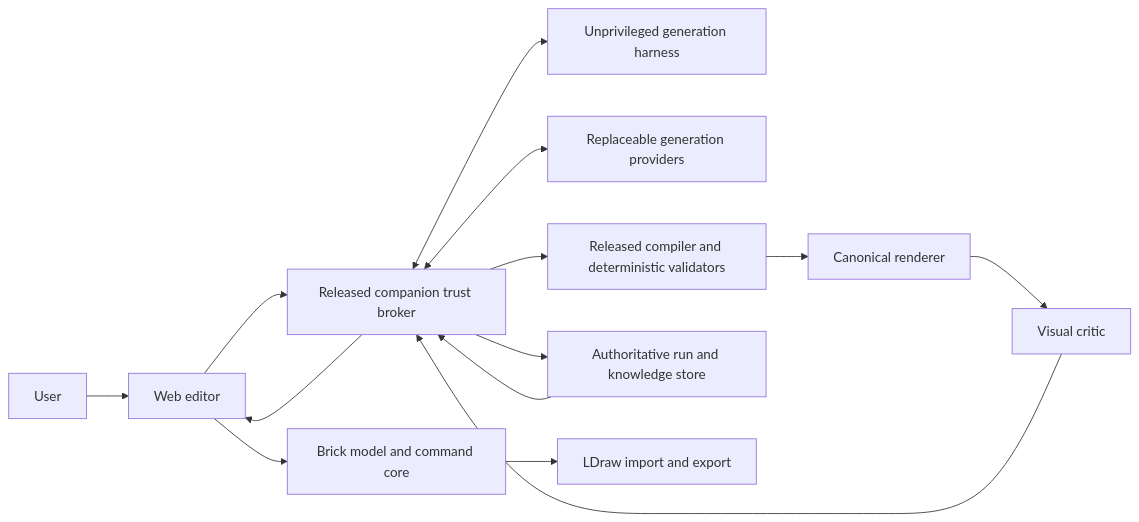
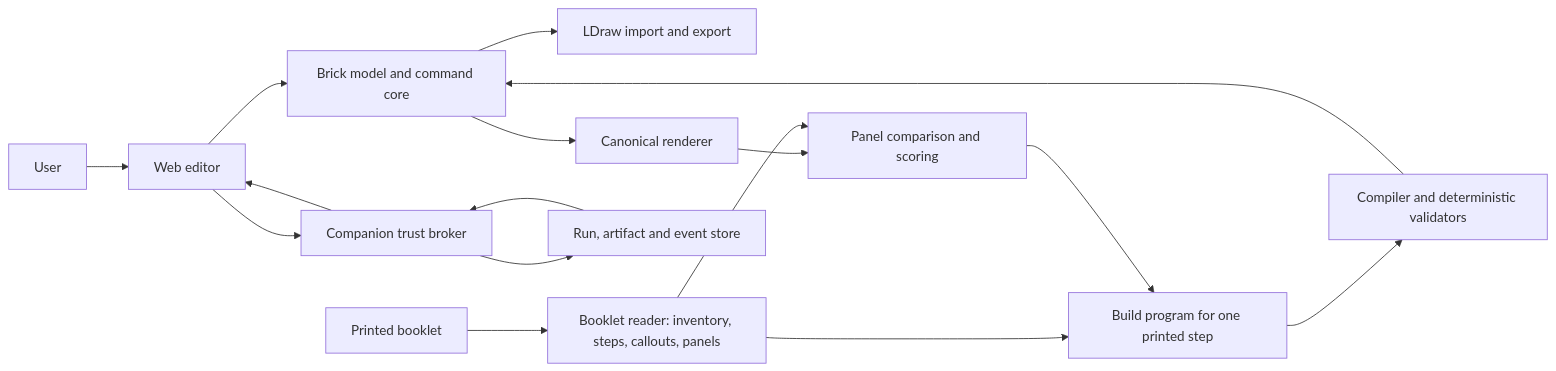
Before and after one commit to yanfengliu/lego: the diagram in docs/design/spec.md, drawn with Mermaid. The commit also changed other lines of this file and 4 other files, not shown here.

````diff
--- a/docs/design/spec.md
+++ b/docs/design/spec.md
@@ -112,16 +100,18 @@
 ```mermaid
 flowchart LR
   U["User"] --> W["Web editor"]
   W --> M["Brick model and command core"]
-  W --> B["Released companion trust broker"]
-  B <--> H["Unprivileged generation harness"]
-  B <--> P["Replaceable generation providers"]
-  B --> C["Released compiler and deterministic validators"]
-  C --> R["Canonical renderer"]
-  R --> V["Visual critic"]
-  V --> B
-  B --> S["Authoritative run and knowledge store"]
+  M --> X["LDraw import and export"]
+  K["Printed booklet"] --> RB["Booklet reader: inventory, steps, callouts, panels"]
+  RB --> PG["Build program for one printed step"]
+  PG --> C["Compiler and deterministic validators"]
+  C --> M
+  M --> R["Canonical renderer"]
+  R --> CP["Panel comparison and scoring"]
+  RB --> CP
+  CP --> PG
+  W --> B["Companion trust broker"]
+  B --> S["Run, artifact and event store"]
   S --> B
   B --> W
-  M --> X["LDraw import and export"]
 ```
````
